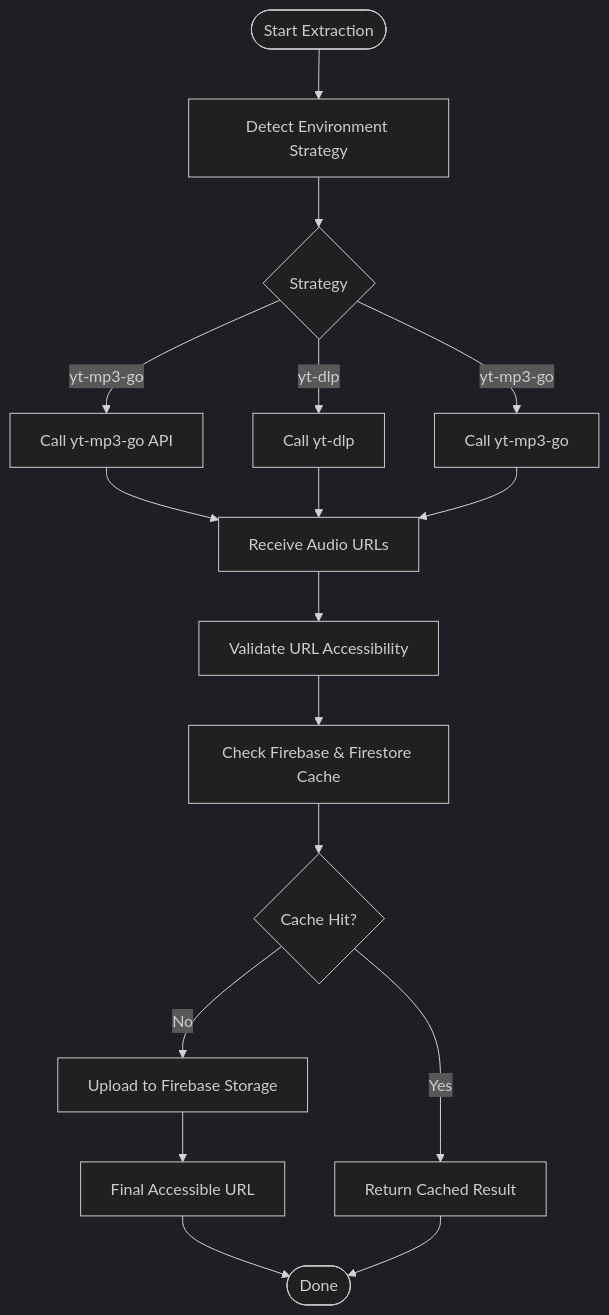
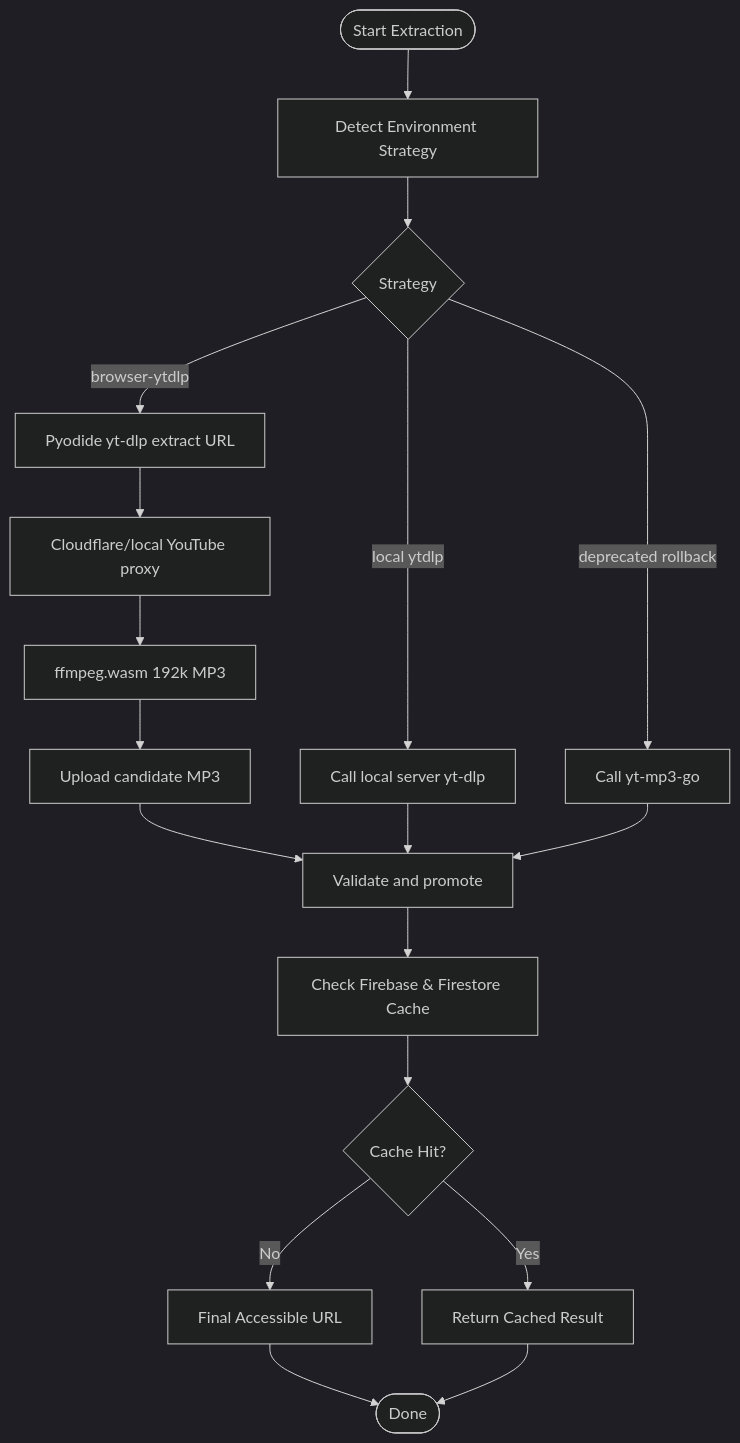
Before and after one commit to ptnghia-j/ChordMiniApp: the third of 7 diagrams in .qoder/repowiki/en/content/Audio Processing and Analysis/Audio Pipeline.md, drawn with Mermaid (dark theme). The commit also changed other lines of this file and 60 other files, not shown here.

````diff
--- a/.qoder/repowiki/en/content/Audio Processing and Analysis/Audio Pipeline.md
+++ b/.qoder/repowiki/en/content/Audio Processing and Analysis/Audio Pipeline.md
@@ -156,19 +173,20 @@
 ```mermaid
 flowchart TD
 Start(["Start Extraction"]) --> DetectEnv["Detect Environment Strategy"]
 DetectEnv --> ChooseSvc{"Strategy"}
-ChooseSvc --> |yt-mp3-go| CallYT["Call yt-mp3-go API"]
-ChooseSvc --> |yt-dlp| CallYTDL["Call yt-dlp"]
-ChooseSvc --> |yt-mp3-go| CallYTM["Call yt-mp3-go"]
-CallYT --> GotURLs["Receive Audio URLs"]
-CallYTDL --> GotURLs
-CallYTM --> GotURLs
-GotURLs --> ValidateURL["Validate URL Accessibility"]
-ValidateURL --> CacheCheck["Check Firebase & Firestore Cache"]
+ChooseSvc --> |browser-ytdlp| BrowserDlp["Pyodide yt-dlp extract URL"]
+ChooseSvc --> |local ytdlp| CallYTDL["Call local server yt-dlp"]
+ChooseSvc --> |deprecated rollback| CallYTM["Call yt-mp3-go"]
+BrowserDlp --> Proxy["Cloudflare/local YouTube proxy"]
+Proxy --> Convert["ffmpeg.wasm 192k MP3"]
+Convert --> Candidate["Upload candidate MP3"]
+Candidate --> Finalize["Validate and promote"]
+CallYTDL --> Finalize
+CallYTM --> Finalize
+Finalize --> CacheCheck["Check Firebase & Firestore Cache"]
 CacheCheck --> CacheHit{"Cache Hit?"}
 CacheHit --> |Yes| ReturnCache["Return Cached Result"]
-CacheHit --> |No| Upload["Upload to Firebase Storage"]
-Upload --> FinalURL["Final Accessible URL"]
+CacheHit --> |No| FinalURL["Final Accessible URL"]
 FinalURL --> Done(["Done"])
 ReturnCache --> Done
 ```
````
